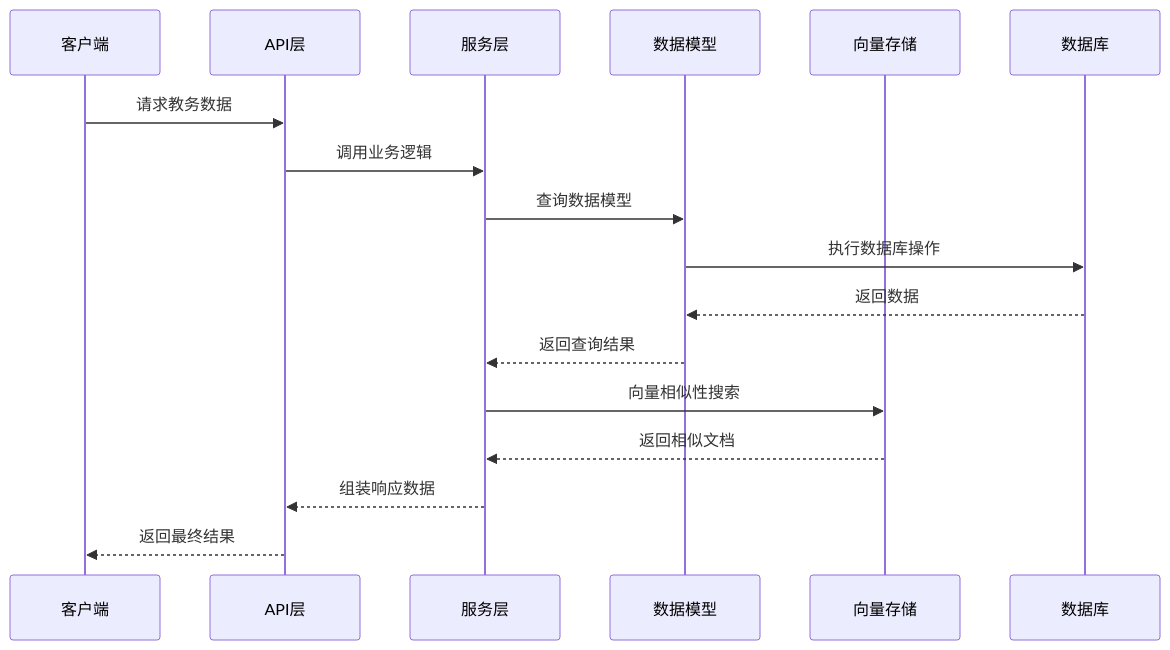
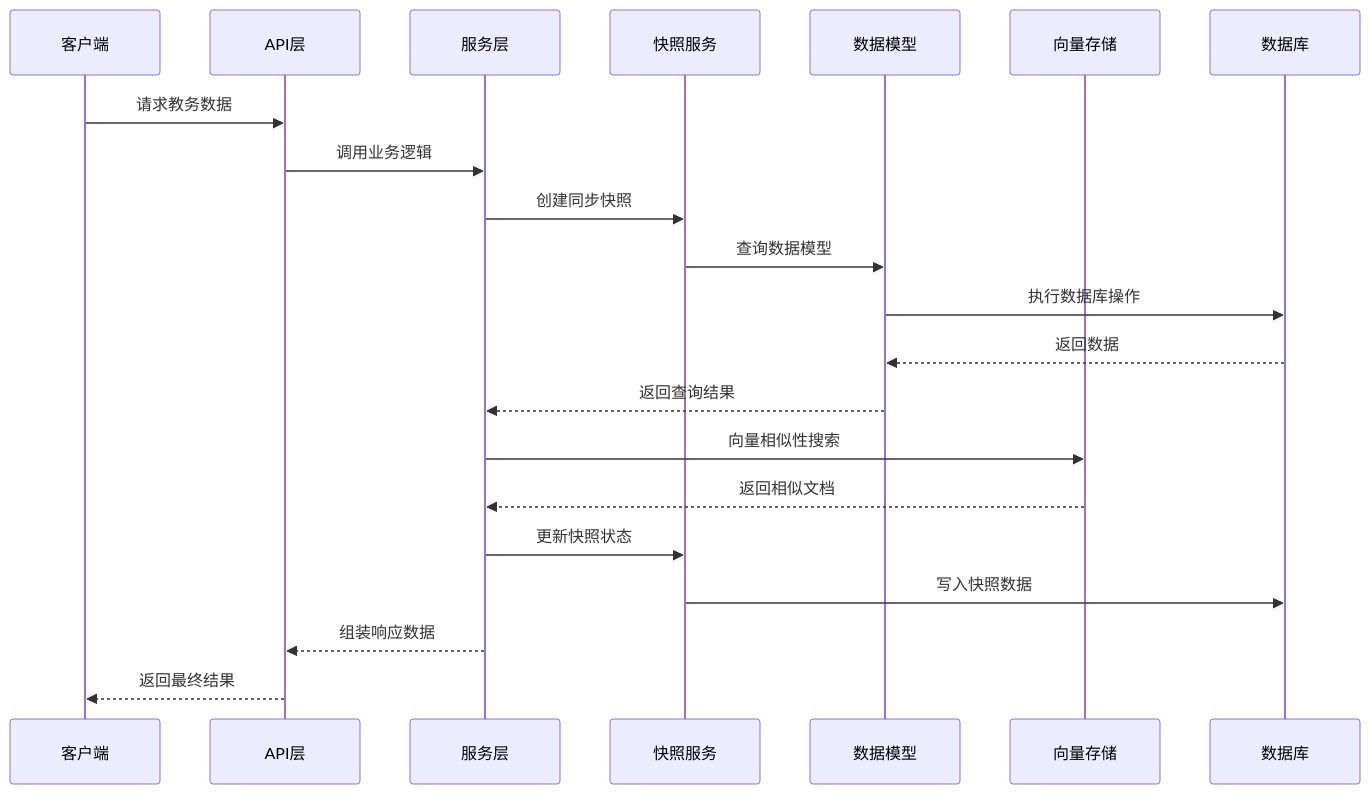
One commit to ghbbn053-ship-itsoulddog/soulddog changed the second of 7 diagrams in .qoder/repowiki/zh/content/数据模型设计/教务数据模型.md. Above: the diagram before and after it, drawn with Mermaid. The commit also changed other lines of this file and 119 other files, not shown here.

````diff
--- a/.qoder/repowiki/zh/content/数据模型设计/教务数据模型.md
+++ b/.qoder/repowiki/zh/content/数据模型设计/教务数据模型.md
@@ -159,19 +213,23 @@
 ```mermaid
 sequenceDiagram
 participant Client as 客户端
 participant API as API层
 participant Service as 服务层
+participant Snapshot as 快照服务
 participant Model as 数据模型
 participant Vector as 向量存储
 participant DB as 数据库
 Client->>API : 请求教务数据
 API->>Service : 调用业务逻辑
-Service->>Model : 查询数据模型
+Service->>Snapshot : 创建同步快照
+Snapshot->>Model : 查询数据模型
 Model->>DB : 执行数据库操作
 DB-->>Model : 返回数据
 Model-->>Service : 返回查询结果
 Service->>Vector : 向量相似性搜索
 Vector-->>Service : 返回相似文档
+Service->>Snapshot : 更新快照状态
+Snapshot->>DB : 写入快照数据
 Service-->>API : 组装响应数据
 API-->>Client : 返回最终结果
 ```
````
